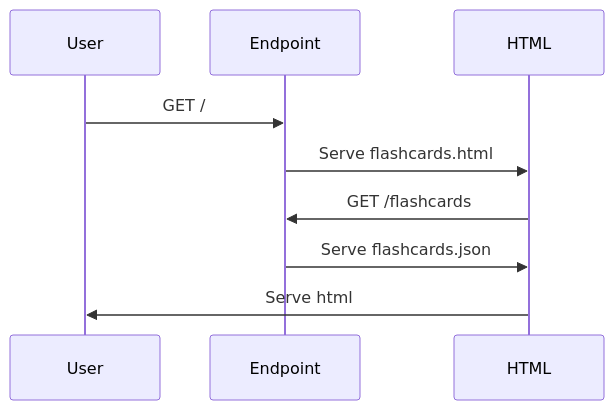
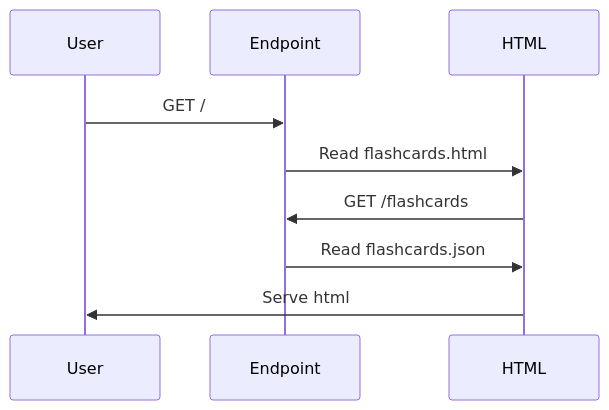
The diagram in README.md (ianphil/simple_flashcards), drawn with Mermaid before and after one commit.

Commit message:
Updates mermaid diagram

````diff
--- a/README.md
+++ b/README.md
@@ -7,12 +7,12 @@
 ```mermaid
 sequenceDiagram
     participant User
     participant Endpoint
     participant HTML
 
     User->>Endpoint: GET /
-    Endpoint->>HTML: Serve flashcards.html
+    Endpoint->>HTML: Read flashcards.html
     HTML->>Endpoint: GET /flashcards
-    Endpoint->>HTML: Serve flashcards.json
+    Endpoint->>HTML: Read flashcards.json
     HTML->>User: Serve html
 ```
````
